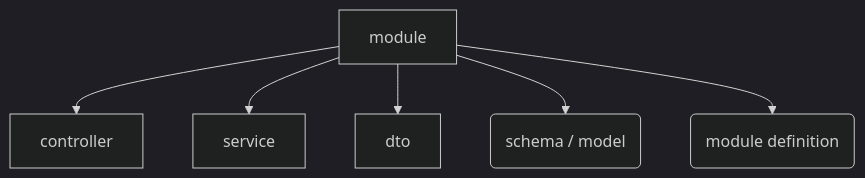
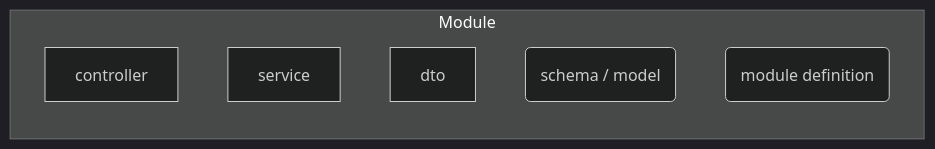
The second of 3 diagrams in ARCHITECTURE.md (surmon-china/nodepress), drawn with Mermaid (dark theme) before and after one commit. The commit also changed other lines of this file, not shown here.

````diff
--- a/ARCHITECTURE.md
+++ b/ARCHITECTURE.md
@@ -199,9 +197,10 @@
 ```mermaid
-flowchart TD
-    module --> controller
-    module --> service
-    module --> dto
-    module --> model(schema / model)
-    module --> def(module definition)
-
+flowchart LR
+    subgraph module ["Module"]
+        controller
+        service
+        dto
+        model(schema / model)
+        def(module definition)
+    end
 ```
````
